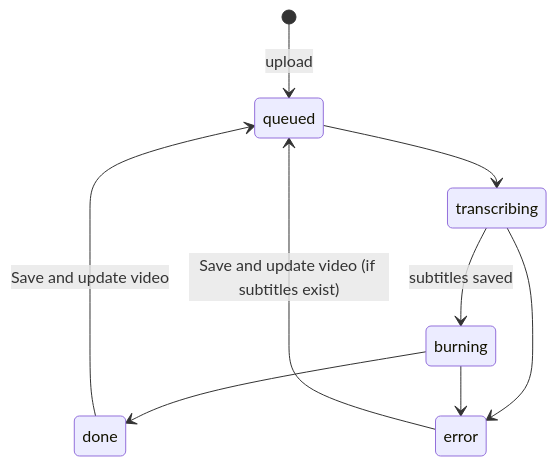
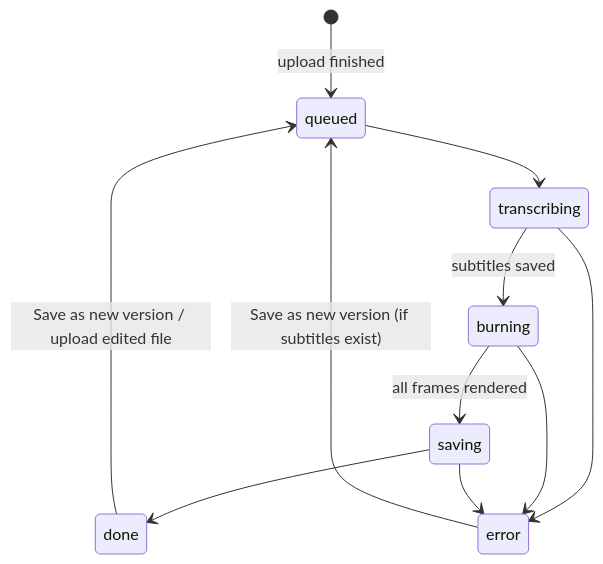
One commit to PepePapaPipi/subtitles changed the fourth of 4 diagrams in README.md. Above: the diagram before and after it, drawn with Mermaid. The commit also changed other lines of this file and 3 other files, not shown here.

````diff
--- a/README.md
+++ b/README.md
@@ -313,11 +361,13 @@
 ```mermaid
 stateDiagram-v2
-    [*] --> queued: upload
+    [*] --> queued: upload finished
     queued --> transcribing
     transcribing --> burning: subtitles saved
-    burning --> done
+    burning --> saving: all frames rendered
+    saving --> done
     transcribing --> error
     burning --> error
-    done --> queued: Save and update video
-    error --> queued: Save and update video (if subtitles exist)
+    saving --> error
+    done --> queued: Save as new version / upload edited file
+    error --> queued: Save as new version (if subtitles exist)
 ```
````
